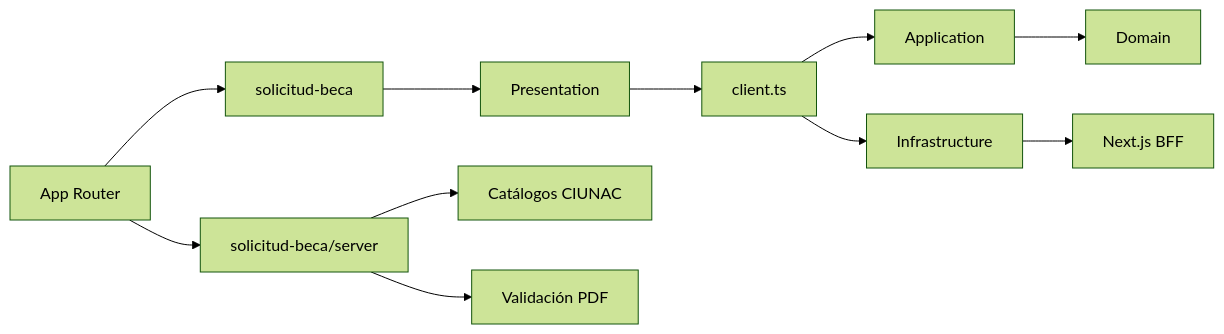
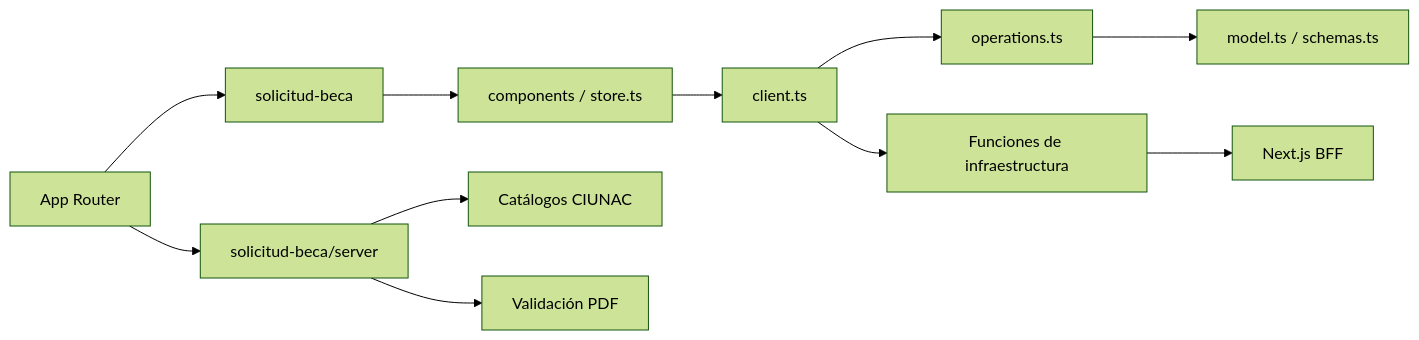
The diagram in docs/architecture/adr/020-modular-scholarship-request.md (luismiguelgs/ciunac-sol-1.3), drawn with Mermaid (forest theme) before and after one commit. The commit also changed other lines of this file and 431 other files, not shown here.

````diff
--- a/docs/architecture/adr/020-modular-scholarship-request.md
+++ b/docs/architecture/adr/020-modular-scholarship-request.md
@@ -34,13 +44,13 @@
 ```mermaid
 flowchart LR
     Route["App Router"] --> Public["solicitud-beca"]
     Route --> Server["solicitud-beca/server"]
-    Public --> UI["Presentation"]
+    Public --> UI["components / store.ts"]
     UI --> Client["client.ts"]
-    Client --> UseCase["Application"]
-    UseCase --> Domain["Domain"]
-    Client --> Gateways["Infrastructure"]
+    Client --> UseCase["operations.ts"]
+    UseCase --> Domain["model.ts / schemas.ts"]
+    Client --> Adapters["Funciones de infraestructura"]
     Server --> Catalogs["Catálogos CIUNAC"]
     Server --> Upload["Validación PDF"]
-    Gateways --> BFF["Next.js BFF"]
+    Adapters --> BFF["Next.js BFF"]
 ```
````
